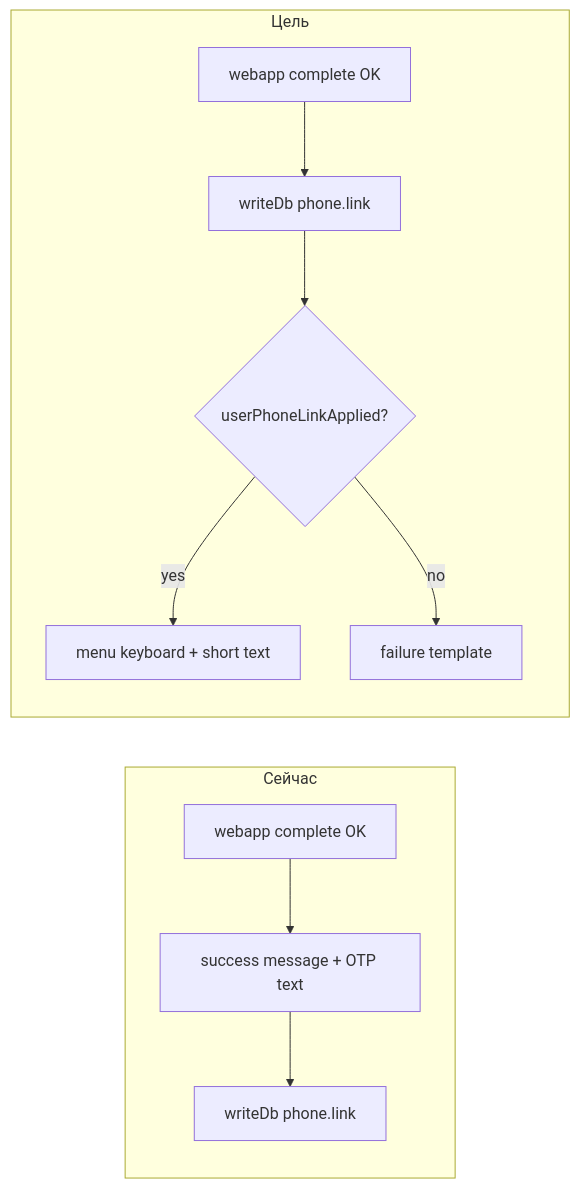
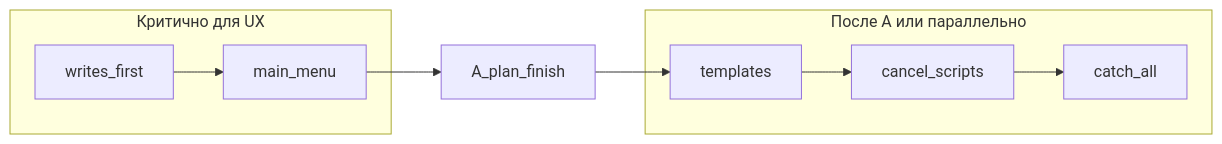
One commit to Dimmdao2/BersonCareBot changed the diagram in .cursor/plans/phone_messenger_bind_bot_ux.plan.md. Above: the diagram before and after it, drawn with Mermaid. The commit also changed other lines of this file and 27 other files, not shown here.

````diff
--- a/.cursor/plans/phone_messenger_bind_bot_ux.plan.md
+++ b/.cursor/plans/phone_messenger_bind_bot_ux.plan.md
@@ -61,13 +54,17 @@
 ```mermaid
 flowchart LR
-  subgraph now [Сейчас]
-    A[webapp complete OK] --> B[success message + OTP text]
-    B --> C[writeDb phone.link]
+  subgraph critical [Критично для UX]
+    W[writes_first]
+    M[main_menu]
   end
-  subgraph target [Цель]
-    D[webapp complete OK] --> E[writeDb phone.link]
-    E --> F{userPhoneLinkApplied?}
-    F -->|yes| G[menu keyboard + short text]
-    F -->|no| H[failure template]
+  subgraph follow [После A или параллельно]
+    T[templates]
+    C[cancel_scripts]
+    X[catch_all]
   end
+  W --> M
+  M --> A_plan[A_plan_finish]
+  A_plan --> T
+  T --> C
+  C --> X
 ```
````
